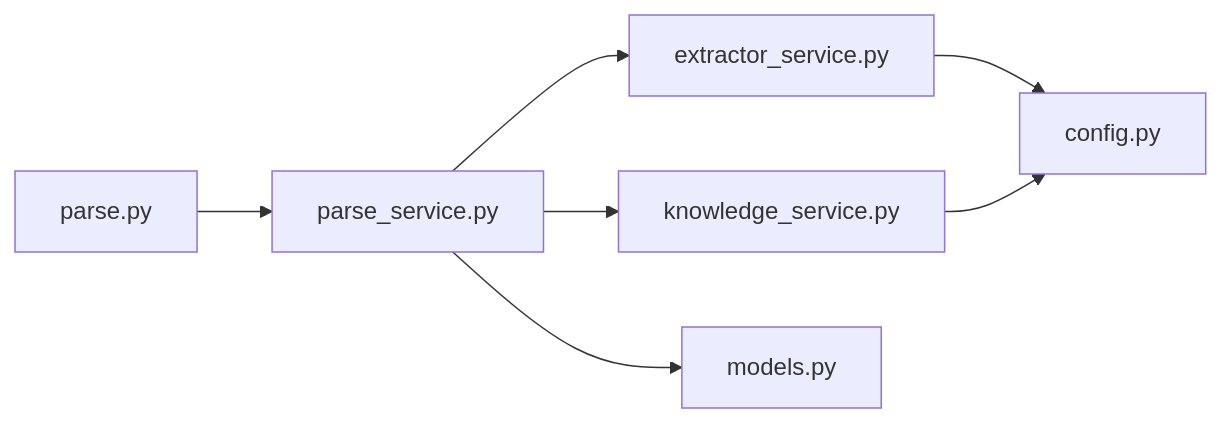
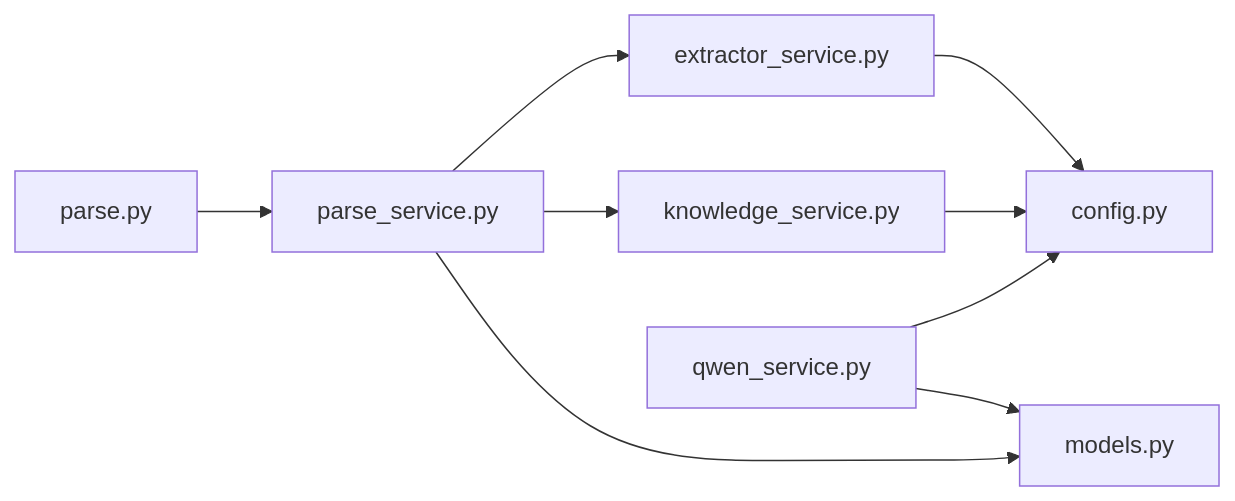
One commit to zhiwenli-jack/personal-learning-manager changed the fifth of 5 diagrams in .qoder/repowiki/zh/content/后端API文档/内容解析API.md. Above: the diagram before and after it, drawn with Mermaid. The commit also changed other lines of this file and 20 other files, not shown here.

````diff
--- a/.qoder/repowiki/zh/content/后端API文档/内容解析API.md
+++ b/.qoder/repowiki/zh/content/后端API文档/内容解析API.md
@@ -319,9 +403,11 @@
 ```mermaid
 graph LR
 API["parse.py"] --> PS["parse_service.py"]
 PS --> ES["extractor_service.py"]
 PS --> KS["knowledge_service.py"]
 PS --> DB["models.py"]
 ES --> CFG["config.py"]
 KS --> CFG
+QW["qwen_service.py"] --> CFG
+QW --> DB
 ```
````
